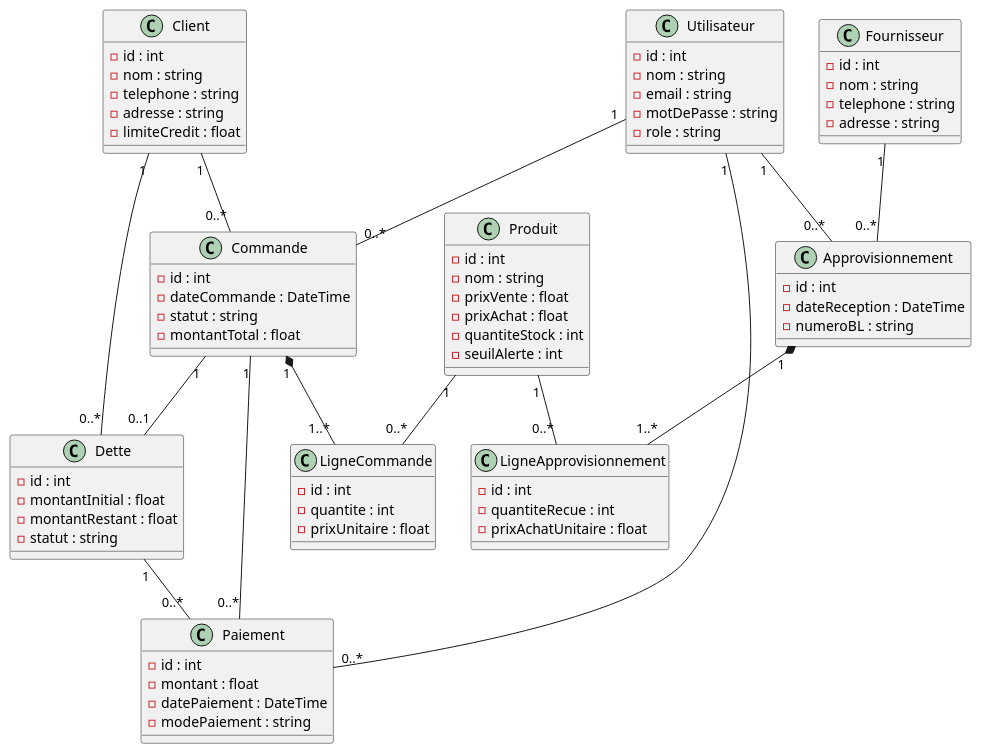
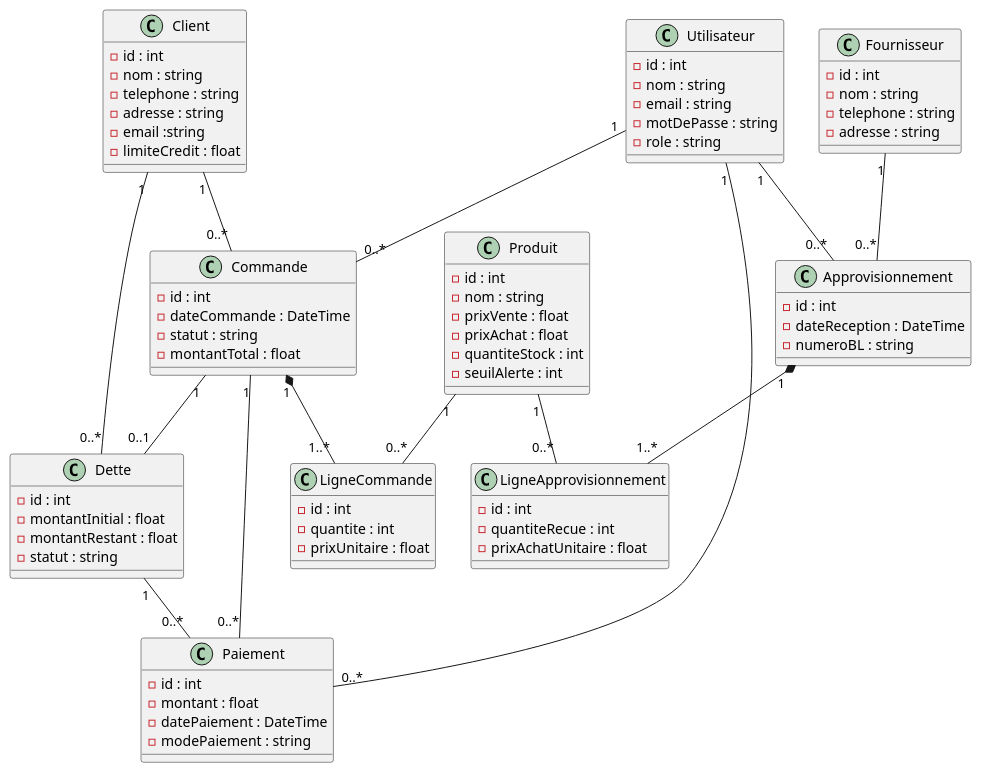
One commit to fn09072002-dotcom/storemanager1 changed the diagram in docs/class.puml. Above: the diagram before and after it, drawn with PlantUML. The commit also changed 2 other files, not shown here.

Commit message:
feat(client): ajout de l'attribut email au modele Client

```diff
--- a/docs/class.puml
+++ b/docs/class.puml
@@ -1,102 +1,103 @@
 @startuml ClassDiagram
 
 
 class Client {
 - id : int
 - nom : string
 - telephone : string
 - adresse : string
+-email :string
 - limiteCredit : float
 
 }
 
 class Produit {
 - id : int
 - nom : string
 - prixVente : float
 - prixAchat : float
 - quantiteStock : int
 - seuilAlerte : int
 
 }
 
 class Fournisseur {
 - id : int
 - nom : string
 - telephone : string
 - adresse : string
 }
 
 class Commande {
 - id : int
 - dateCommande : DateTime
 - statut : string
 - montantTotal : float
 
 
 }
 
 class LigneCommande {
 - id : int
 - quantite : int
 - prixUnitaire : float
 
 }
 
 class Paiement {
 - id : int
 - montant : float
 - datePaiement : DateTime
 - modePaiement : string
 }
 
 class Dette {
 - id : int
 - montantInitial : float
 - montantRestant : float
 - statut : string
 
 
 }
 
 class Approvisionnement {
 - id : int
 - dateReception : DateTime
 - numeroBL : string
 
 
 }
 
 class LigneApprovisionnement {
 - id : int
 - quantiteRecue : int
 - prixAchatUnitaire : float
 }
 
 class Utilisateur {
 - id : int
 - nom : string
 - email : string
 - motDePasse : string
 - role : string
 
 
 }
 
 Client "1" -- "0..*" Commande 
 Client "1" -- "0..*" Dette 
 Commande "1" *-- "1..*" LigneCommande 
 Produit "1" -- "0..*" LigneCommande 
 Commande "1" -- "0..*" Paiement 
 Dette "1" -- "0..*" Paiement 
 Commande "1" -- "0..1" Dette 
 
 Fournisseur "1" -- "0..*" Approvisionnement
 Approvisionnement "1" *-- "1..*" LigneApprovisionnement 
 Produit "1" -- "0..*" LigneApprovisionnement 
 
 Utilisateur "1" -- "0..*" Commande 
 Utilisateur "1" -- "0..*" Approvisionnement 
 Utilisateur "1" -- "0..*" Paiement 
 
 @enduml
```
